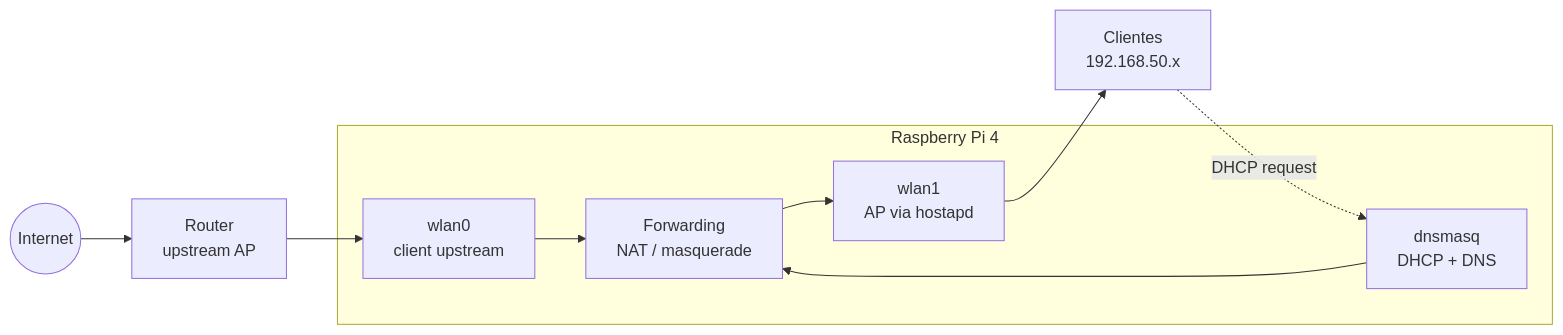
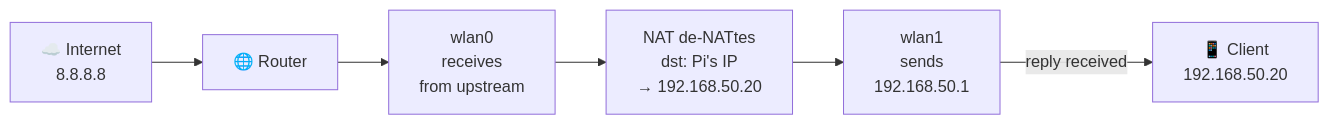
Before and after one commit to BLyndon/raspi-setup: the third of 3 diagrams in docs/WIFI_REPEATER.MD, drawn with Mermaid. The commit also changed other lines of this file, not shown here.

````diff
--- a/docs/WIFI_REPEATER.MD
+++ b/docs/WIFI_REPEATER.MD
@@ -63,19 +114,15 @@
 ```mermaid
 flowchart LR
-    Internet((Internet)) --> Router["Router\nupstream AP"]
+    Internet["☁️ Internet<br/>8.8.8.8"]
+    Router["🌐 Router"]
+    WL0["wlan0<br/>receives<br/>from upstream"]
+    NAT["NAT de-NATtes<br/>dst: Pi's IP<br/>→ 192.168.50.20"]
+    WL1["wlan1<br/>sends<br/>192.168.50.1"]
+    Client["📱 Client<br/>192.168.50.20"]
 
-    subgraph PI["Raspberry Pi 4"]
-        wlan0["wlan0\nclient upstream"]
-        NAT["Forwarding\nNAT / masquerade"]
-        dnsmasq["dnsmasq\nDHCP + DNS"]
-        wlan1["wlan1\nAP via hostapd"]
-
-        wlan0 --> NAT
-        dnsmasq --> NAT
-        NAT --> wlan1
-    end
-
-    Router --> wlan0
-    wlan1 --> Clients["Clientes\n192.168.50.x"]
-    Clients -. "DHCP request" .-> dnsmasq
+    Internet --> Router
+    Router --> WL0
+    WL0 --> NAT
+    NAT --> WL1
+    WL1 -->|reply received| Client
 ```
````
